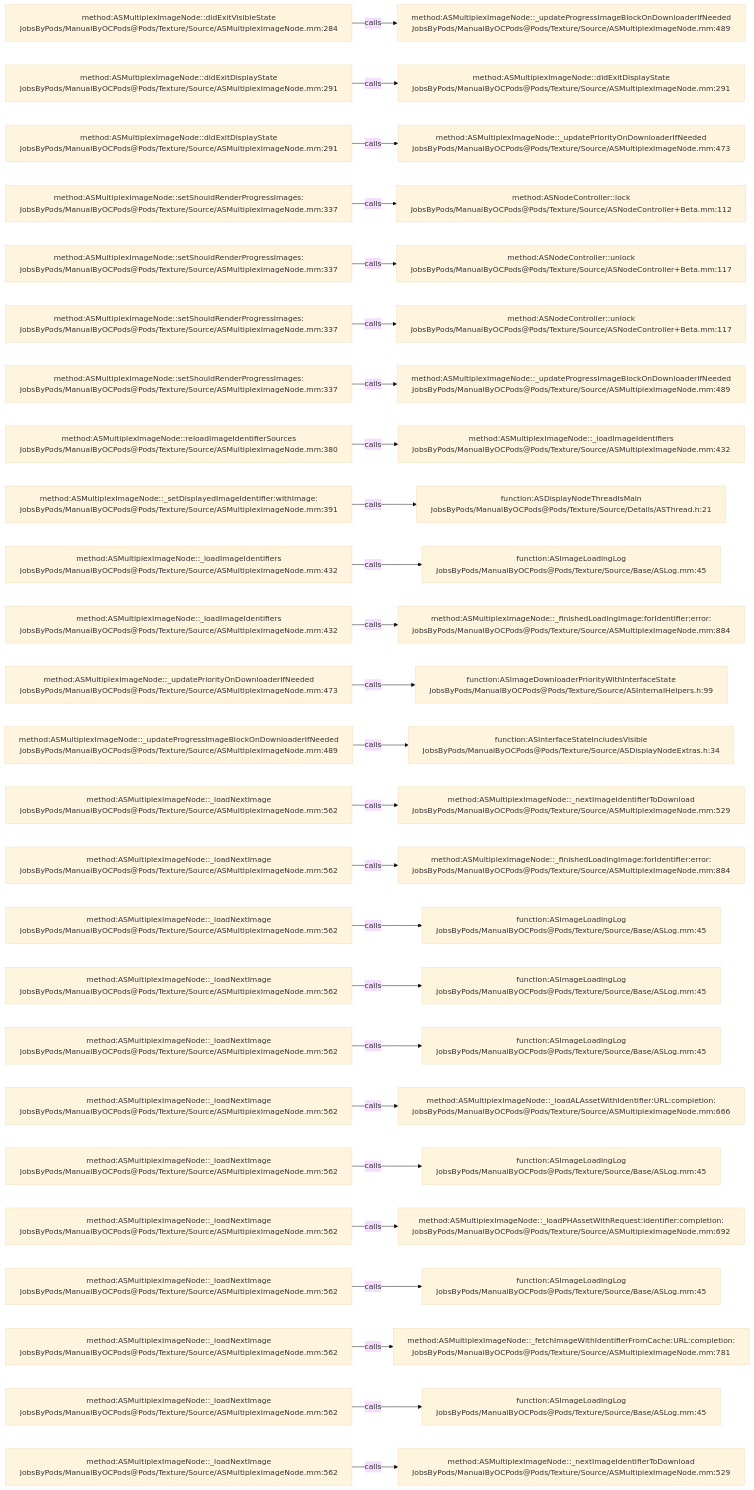
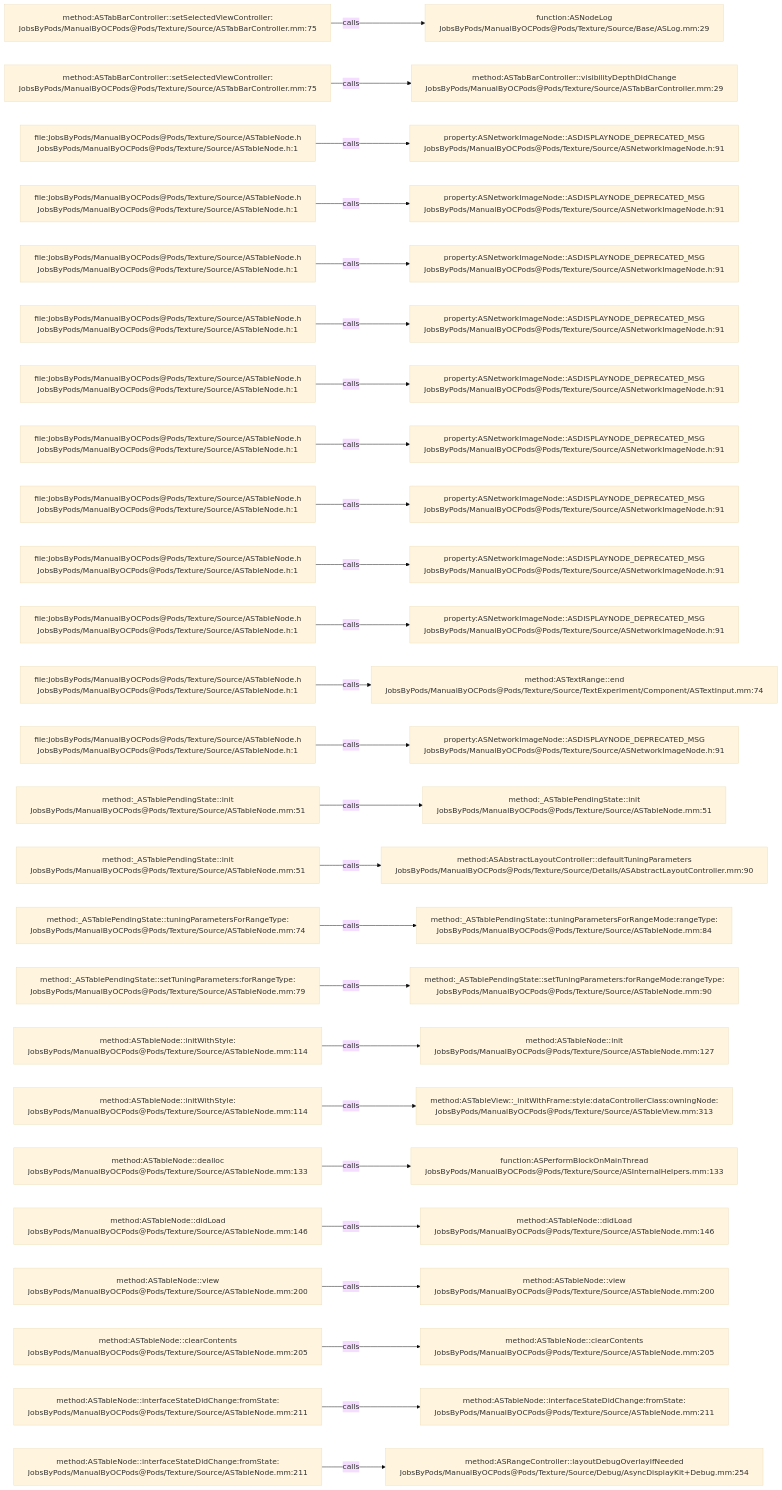
The diagram in .codegraph/codegraph.md/graphs/calls-107.md (JobsKits/JobsOCBaseConfigDemo), drawn with Mermaid (base theme) before and after one commit. The commit also changed 2723 other files, not shown here.

````diff
--- a/.codegraph/codegraph.md/graphs/calls-107.md
+++ b/.codegraph/codegraph.md/graphs/calls-107.md
@@ -13,78 +13,78 @@
 ```mermaid
 flowchart LR
-  S1["method:ASMultiplexImageNode::didExitVisibleState<br/>JobsByPods/ManualByOCPods@Pods/Texture/Source/ASMultiplexImageNode.mm:284"]
-  T1["method:ASMultiplexImageNode::_updateProgressImageBlockOnDownloaderIfNeeded<br/>JobsByPods/ManualByOCPods@Pods/Texture/Source/ASMultiplexImageNode.mm:489"]
+  S1["method:ASTabBarController::setSelectedViewController:<br/>JobsByPods/ManualByOCPods@Pods/Texture/Source/ASTabBarController.mm:75"]
+  T1["function:ASNodeLog<br/>JobsByPods/ManualByOCPods@Pods/Texture/Source/Base/ASLog.mm:29"]
   S1 -->|calls| T1
-  S2["method:ASMultiplexImageNode::didExitDisplayState<br/>JobsByPods/ManualByOCPods@Pods/Texture/Source/ASMultiplexImageNode.mm:291"]
-  T2["method:ASMultiplexImageNode::didExitDisplayState<br/>JobsByPods/ManualByOCPods@Pods/Texture/Source/ASMultiplexImageNode.mm:291"]
+  S2["method:ASTabBarController::setSelectedViewController:<br/>JobsByPods/ManualByOCPods@Pods/Texture/Source/ASTabBarController.mm:75"]
+  T2["method:ASTabBarController::visibilityDepthDidChange<br/>JobsByPods/ManualByOCPods@Pods/Texture/Source/ASTabBarController.mm:29"]
   S2 -->|calls| T2
-  S3["method:ASMultiplexImageNode::didExitDisplayState<br/>JobsByPods/ManualByOCPods@Pods/Texture/Source/ASMultiplexImageNode.mm:291"]
-  T3["method:ASMultiplexImageNode::_updatePriorityOnDownloaderIfNeeded<br/>JobsByPods/ManualByOCPods@Pods/Texture/Source/ASMultiplexImageNode.mm:473"]
+  S3["file:JobsByPods/ManualByOCPods@Pods/Texture/Source/ASTableNode.h<br/>JobsByPods/ManualByOCPods@Pods/Texture/Source/ASTableNode.h:1"]
+  T3["property:ASNetworkImageNode::ASDISPLAYNODE_DEPRECATED_MSG<br/>JobsByPods/ManualByOCPods@Pods/Texture/Source/ASNetworkImageNode.h:91"]
   S3 -->|calls| T3
-  S4["method:ASMultiplexImageNode::setShouldRenderProgressImages:<br/>JobsByPods/ManualByOCPods@Pods/Texture/Source/ASMultiplexImageNode.mm:337"]
-  T4["method:ASNodeController::lock<br/>JobsByPods/ManualByOCPods@Pods/Texture/Source/ASNodeController+Beta.mm:112"]
+  S4["file:JobsByPods/ManualByOCPods@Pods/Texture/Source/ASTableNode.h<br/>JobsByPods/ManualByOCPods@Pods/Texture/Source/ASTableNode.h:1"]
+  T4["property:ASNetworkImageNode::ASDISPLAYNODE_DEPRECATED_MSG<br/>JobsByPods/ManualByOCPods@Pods/Texture/Source/ASNetworkImageNode.h:91"]
   S4 -->|calls| T4
-  S5["method:ASMultiplexImageNode::setShouldRenderProgressImages:<br/>JobsByPods/ManualByOCPods@Pods/Texture/Source/ASMultiplexImageNode.mm:337"]
-  T5["method:ASNodeController::unlock<br/>JobsByPods/ManualByOCPods@Pods/Texture/Source/ASNodeController+Beta.mm:117"]
+  S5["file:JobsByPods/ManualByOCPods@Pods/Texture/Source/ASTableNode.h<br/>JobsByPods/ManualByOCPods@Pods/Texture/Source/ASTableNode.h:1"]
+  T5["property:ASNetworkImageNode::ASDISPLAYNODE_DEPRECATED_MSG<br/>JobsByPods/ManualByOCPods@Pods/Texture/Source/ASNetworkImageNode.h:91"]
   S5 -->|calls| T5
-  S6["method:ASMultiplexImageNode::setShouldRenderProgressImages:<br/>JobsByPods/ManualByOCPods@Pods/Texture/Source/ASMultiplexImageNode.mm:337"]
-  T6["method:ASNodeController::unlock<br/>JobsByPods/ManualByOCPods@Pods/Texture/Source/ASNodeController+Beta.mm:117"]
+  S6["file:JobsByPods/ManualByOCPods@Pods/Texture/Source/ASTableNode.h<br/>JobsByPods/ManualByOCPods@Pods/Texture/Source/ASTableNode.h:1"]
+  T6["property:ASNetworkImageNode::ASDISPLAYNODE_DEPRECATED_MSG<br/>JobsByPods/ManualByOCPods@Pods/Texture/Source/ASNetworkImageNode.h:91"]
   S6 -->|calls| T6
-  S7["method:ASMultiplexImageNode::setShouldRenderProgressImages:<br/>JobsByPods/ManualByOCPods@Pods/Texture/Source/ASMultiplexImageNode.mm:337"]
-  T7["method:ASMultiplexImageNode::_updateProgressImageBlockOnDownloaderIfNeeded<br/>JobsByPods/ManualByOCPods@Pods/Texture/Source/ASMultiplexImageNode.mm:489"]
+  S7["file:JobsByPods/ManualByOCPods@Pods/Texture/Source/ASTableNode.h<br/>JobsByPods/ManualByOCPods@Pods/Texture/Source/ASTableNode.h:1"]
+  T7["property:ASNetworkImageNode::ASDISPLAYNODE_DEPRECATED_MSG<br/>JobsByPods/ManualByOCPods@Pods/Texture/Source/ASNetworkImageNode.h:91"]
   S7 -->|calls| T7
-  S8["method:ASMultiplexImageNode::reloadImageIdentifierSources<br/>JobsByPods/ManualByOCPods@Pods/Texture/Source/ASMultiplexImageNode.mm:380"]
-  T8["method:ASMultiplexImageNode::_loadImageIdentifiers<br/>JobsByPods/ManualByOCPods@Pods/Texture/Source/ASMultiplexImageNode.mm:432"]
+  S8["file:JobsByPods/ManualByOCPods@Pods/Texture/Source/ASTableNode.h<br/>JobsByPods/ManualByOCPods@Pods/Texture/Source/ASTableNode.h:1"]
+  T8["property:ASNetworkImageNode::ASDISPLAYNODE_DEPRECATED_MSG<br/>JobsByPods/ManualByOCPods@Pods/Texture/Source/ASNetworkImageNode.h:91"]
   S8 -->|calls| T8
-  S9["method:ASMultiplexImageNode::_setDisplayedImageIdentifier:withImage:<br/>JobsByPods/ManualByOCPods@Pods/Texture/Source/ASMultiplexImageNode.mm:391"]
-  T9["function:ASDisplayNodeThreadIsMain<br/>JobsByPods/ManualByOCPods@Pods/Texture/Source/Details/ASThread.h:21"]
+  S9["file:JobsByPods/ManualByOCPods@Pods/Texture/Source/ASTableNode.h<br/>JobsByPods/ManualByOCPods@Pods/Texture/Source/ASTableNode.h:1"]
+  T9["property:ASNetworkImageNode::ASDISPLAYNODE_DEPRECATED_MSG<br/>JobsByPods/ManualByOCPods@Pods/Texture/Source/ASNetworkImageNode.h:91"]
   S9 -->|calls| T9
-  S10["method:ASMultiplexImageNode::_loadImageIdentifiers<br/>JobsByPods/ManualByOCPods@Pods/Texture/Source/ASMultiplexImageNode.mm:432"]
-  T10["function:ASImageLoadingLog<br/>JobsByPods/ManualByOCPods@Pods/Texture/Source/Base/ASLog.mm:45"]
+  S10["file:JobsByPods/ManualByOCPods@Pods/Texture/Source/ASTableNode.h<br/>JobsByPods/ManualByOCPods@Pods/Texture/Source/ASTableNode.h:1"]
+  T10["property:ASNetworkImageNode::ASDISPLAYNODE_DEPRECATED_MSG<br/>JobsByPods/ManualByOCPods@Pods/Texture/Source/ASNetworkImageNode.h:91"]
   S10 -->|calls| T10
-  S11["method:ASMultiplexImageNode::_loadImageIdentifiers<br/>JobsByPods/ManualByOCPods@Pods/Texture/Source/ASMultiplexImageNode.mm:432"]
-  T11["method:ASMultiplexImageNode::_finishedLoadingImage:forIdentifier:error:<br/>JobsByPods/ManualByOCPods@Pods/Texture/Source/ASMultiplexImageNode.mm:884"]
+  S11["file:JobsByPods/ManualByOCPods@Pods/Texture/Source/ASTableNode.h<br/>JobsByPods/ManualByOCPods@Pods/Texture/Source/ASTableNode.h:1"]
+  T11["property:ASNetworkImageNode::ASDISPLAYNODE_DEPRECATED_MSG<br/>JobsByPods/ManualByOCPods@Pods/Texture/Source/ASNetworkImageNode.h:91"]
   S11 -->|calls| T11
-  S12["method:ASMultiplexImageNode::_updatePriorityOnDownloaderIfNeeded<br/>JobsByPods/ManualByOCPods@Pods/Texture/Source/ASMultiplexImageNode.mm:473"]
-  T12["function:ASImageDownloaderPriorityWithInterfaceState<br/>JobsByPods/ManualByOCPods@Pods/Texture/Source/ASInternalHelpers.h:99"]
+  S12["file:JobsByPods/ManualByOCPods@Pods/Texture/Source/ASTableNode.h<br/>JobsByPods/ManualByOCPods@Pods/Texture/Source/ASTableNode.h:1"]
+  T12["method:ASTextRange::end<br/>JobsByPods/ManualByOCPods@Pods/Texture/Source/TextExperiment/Component/ASTextInput.mm:74"]
   S12 -->|calls| T12
-  S13["method:ASMultiplexImageNode::_updateProgressImageBlockOnDownloaderIfNeeded<br/>JobsByPods/ManualByOCPods@Pods/Texture/Source/ASMultiplexImageNode.mm:489"]
-  T13["function:ASInterfaceStateIncludesVisible<br/>JobsByPods/ManualByOCPods@Pods/Texture/Source/ASDisplayNodeExtras.h:34"]
+  S13["file:JobsByPods/ManualByOCPods@Pods/Texture/Source/ASTableNode.h<br/>JobsByPods/ManualByOCPods@Pods/Texture/Source/ASTableNode.h:1"]
+  T13["property:ASNetworkImageNode::ASDISPLAYNODE_DEPRECATED_MSG<br/>JobsByPods/ManualByOCPods@Pods/Texture/Source/ASNetworkImageNode.h:91"]
   S13 -->|calls| T13
-  S14["method:ASMultiplexImageNode::_loadNextImage<br/>JobsByPods/ManualByOCPods@Pods/Texture/Source/ASMultiplexImageNode.mm:562"]
-  T14["method:ASMultiplexImageNode::_nextImageIdentifierToDownload<br/>JobsByPods/ManualByOCPods@Pods/Texture/Source/ASMultiplexImageNode.mm:529"]
+  S14["method:_ASTablePendingState::init<br/>JobsByPods/ManualByOCPods@Pods/Texture/Source/ASTableNode.mm:51"]
+  T14["method:_ASTablePendingState::init<br/>JobsByPods/ManualByOCPods@Pods/Texture/Source/ASTableNode.mm:51"]
   S14 -->|calls| T14
-  S15["method:ASMultiplexImageNode::_loadNextImage<br/>JobsByPods/ManualByOCPods@Pods/Texture/Source/ASMultiplexImageNode.mm:562"]
-  T15["method:ASMultiplexImageNode::_finishedLoadingImage:forIdentifier:error:<br/>JobsByPods/ManualByOCPods@Pods/Texture/Source/ASMultiplexImageNode.mm:884"]
+  S15["method:_ASTablePendingState::init<br/>JobsByPods/ManualByOCPods@Pods/Texture/Source/ASTableNode.mm:51"]
+  T15["method:ASAbstractLayoutController::defaultTuningParameters<br/>JobsByPods/ManualByOCPods@Pods/Texture/Source/Details/ASAbstractLayoutController.mm:90"]
   S15 -->|calls| T15
-  S16["method:ASMultiplexImageNode::_loadNextImage<br/>JobsByPods/ManualByOCPods@Pods/Texture/Source/ASMultiplexImageNode.mm:562"]
-  T16["function:ASImageLoadingLog<br/>JobsByPods/ManualByOCPods@Pods/Texture/Source/Base/ASLog.mm:45"]
+  S16["method:_ASTablePendingState::tuningParametersForRangeType:<br/>JobsByPods/ManualByOCPods@Pods/Texture/Source/ASTableNode.mm:74"]
+  T16["method:_ASTablePendingState::tuningParametersForRangeMode:rangeType:<br/>JobsByPods/ManualByOCPods@Pods/Texture/Source/ASTableNode.mm:84"]
   S16 -->|calls| T16
-  S17["method:ASMultiplexImageNode::_loadNextImage<br/>JobsByPods/ManualByOCPods@Pods/Texture/Source/ASMultiplexImageNode.mm:562"]
-  T17["function:ASImageLoadingLog<br/>JobsByPods/ManualByOCPods@Pods/Texture/Source/Base/ASLog.mm:45"]
+  S17["method:_ASTablePendingState::setTuningParameters:forRangeType:<br/>JobsByPods/ManualByOCPods@Pods/Texture/Source/ASTableNode.mm:79"]
+  T17["method:_ASTablePendingState::setTuningParameters:forRangeMode:rangeType:<br/>JobsByPods/ManualByOCPods@Pods/Texture/Source/ASTableNode.mm:90"]
   S17 -->|calls| T17
-  S18["method:ASMultiplexImageNode::_loadNextImage<br/>JobsByPods/ManualByOCPods@Pods/Texture/Source/ASMultiplexImageNode.mm:562"]
-  T18["function:ASImageLoadingLog<br/>JobsByPods/ManualByOCPods@Pods/Texture/Source/Base/ASLog.mm:45"]
+  S18["method:ASTableNode::initWithStyle:<br/>JobsByPods/ManualByOCPods@Pods/Texture/Source/ASTableNode.mm:114"]
+  T18["method:ASTableNode::init<br/>JobsByPods/ManualByOCPods@Pods/Texture/Source/ASTableNode.mm:127"]
   S18 -->|calls| T18
-  S19["method:ASMultiplexImageNode::_loadNextImage<br/>JobsByPods/ManualByOCPods@Pods/Texture/Source/ASMultiplexImageNode.mm:562"]
-  T19["method:ASMultiplexImageNode::_loadALAssetWithIdentifier:URL:completion:<br/>JobsByPods/ManualByOCPods@Pods/Texture/Source/ASMultiplexImageNode.mm:666"]
+  S19["method:ASTableNode::initWithStyle:<br/>JobsByPods/ManualByOCPods@Pods/Texture/Source/ASTableNode.mm:114"]
+  T19["method:ASTableView::_initWithFrame:style:dataControllerClass:owningNode:<br/>JobsByPods/ManualByOCPods@Pods/Texture/Source/ASTableView.mm:313"]
   S19 -->|calls| T19
-  S20["method:ASMultiplexImageNode::_loadNextImage<br/>JobsByPods/ManualByOCPods@Pods/Texture/Source/ASMultiplexImageNode.mm:562"]
-  T20["function:ASImageLoadingLog<br/>JobsByPods/ManualByOCPods@Pods/Texture/Source/Base/ASLog.mm:45"]
+  S20["method:ASTableNode::dealloc<br/>JobsByPods/ManualByOCPods@Pods/Texture/Source/ASTableNode.mm:133"]
+  T20["function:ASPerformBlockOnMainThread<br/>JobsByPods/ManualByOCPods@Pods/Texture/Source/ASInternalHelpers.mm:133"]
   S20 -->|calls| T20
-  S21["method:ASMultiplexImageNode::_loadNextImage<br/>JobsByPods/ManualByOCPods@Pods/Texture/Source/ASMultiplexImageNode.mm:562"]
-  T21["method:ASMultiplexImageNode::_loadPHAssetWithRequest:identifier:completion:<br/>JobsByPods/ManualByOCPods@Pods/Texture/Source/ASMultiplexImageNode.mm:692"]
+  S21["method:ASTableNode::didLoad<br/>JobsByPods/ManualByOCPods@Pods/Texture/Source/ASTableNode.mm:146"]
+  T21["method:ASTableNode::didLoad<br/>JobsByPods/ManualByOCPods@Pods/Texture/Source/ASTableNode.mm:146"]
   S21 -->|calls| T21
-  S22["method:ASMultiplexImageNode::_loadNextImage<br/>JobsByPods/ManualByOCPods@Pods/Texture/Source/ASMultiplexImageNode.mm:562"]
-  T22["function:ASImageLoadingLog<br/>JobsByPods/ManualByOCPods@Pods/Texture/Source/Base/ASLog.mm:45"]
+  S22["method:ASTableNode::view<br/>JobsByPods/ManualByOCPods@Pods/Texture/Source/ASTableNode.mm:200"]
+  T22["method:ASTableNode::view<br/>JobsByPods/ManualByOCPods@Pods/Texture/Source/ASTableNode.mm:200"]
   S22 -->|calls| T22
-  S23["method:ASMultiplexImageNode::_loadNextImage<br/>JobsByPods/ManualByOCPods@Pods/Texture/Source/ASMultiplexImageNode.mm:562"]
-  T23["method:ASMultiplexImageNode::_fetchImageWithIdentifierFromCache:URL:completion:<br/>JobsByPods/ManualByOCPods@Pods/Texture/Source/ASMultiplexImageNode.mm:781"]
+  S23["method:ASTableNode::clearContents<br/>JobsByPods/ManualByOCPods@Pods/Texture/Source/ASTableNode.mm:205"]
+  T23["method:ASTableNode::clearContents<br/>JobsByPods/ManualByOCPods@Pods/Texture/Source/ASTableNode.mm:205"]
   S23 -->|calls| T23
-  S24["method:ASMultiplexImageNode::_loadNextImage<br/>JobsByPods/ManualByOCPods@Pods/Texture/Source/ASMultiplexImageNode.mm:562"]
-  T24["function:ASImageLoadingLog<br/>JobsByPods/ManualByOCPods@Pods/Texture/Source/Base/ASLog.mm:45"]
+  S24["method:ASTableNode::interfaceStateDidChange:fromState:<br/>JobsByPods/ManualByOCPods@Pods/Texture/Source/ASTableNode.mm:211"]
+  T24["method:ASTableNode::interfaceStateDidChange:fromState:<br/>JobsByPods/ManualByOCPods@Pods/Texture/Source/ASTableNode.mm:211"]
   S24 -->|calls| T24
-  S25["method:ASMultiplexImageNode::_loadNextImage<br/>JobsByPods/ManualByOCPods@Pods/Texture/Source/ASMultiplexImageNode.mm:562"]
-  T25["method:ASMultiplexImageNode::_nextImageIdentifierToDownload<br/>JobsByPods/ManualByOCPods@Pods/Texture/Source/ASMultiplexImageNode.mm:529"]
+  S25["method:ASTableNode::interfaceStateDidChange:fromState:<br/>JobsByPods/ManualByOCPods@Pods/Texture/Source/ASTableNode.mm:211"]
+  T25["method:ASRangeController::layoutDebugOverlayIfNeeded<br/>JobsByPods/ManualByOCPods@Pods/Texture/Source/Debug/AsyncDisplayKit+Debug.mm:254"]
   S25 -->|calls| T25
 ```
````
